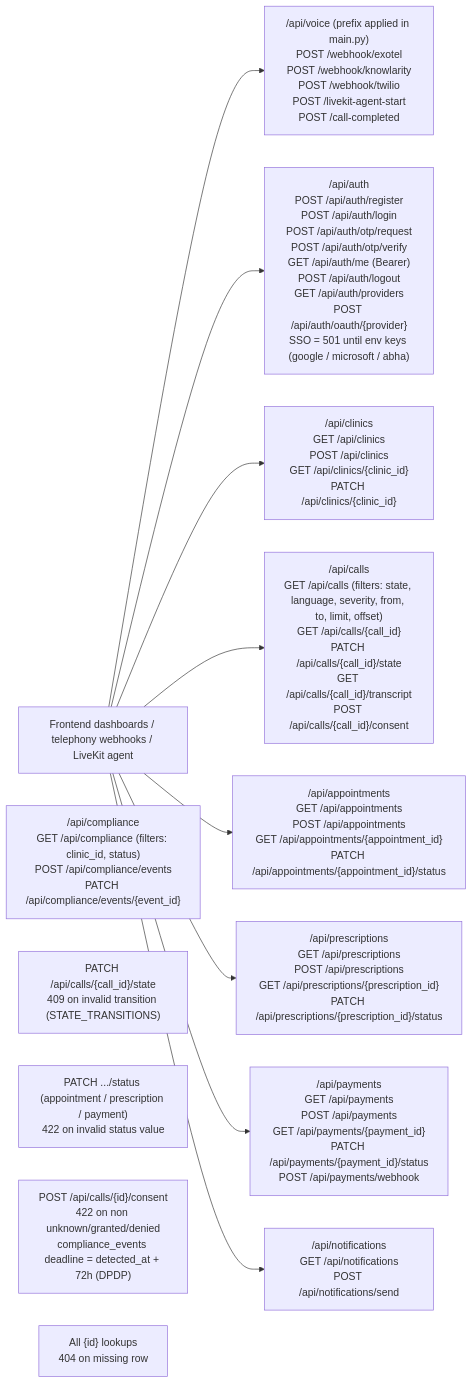
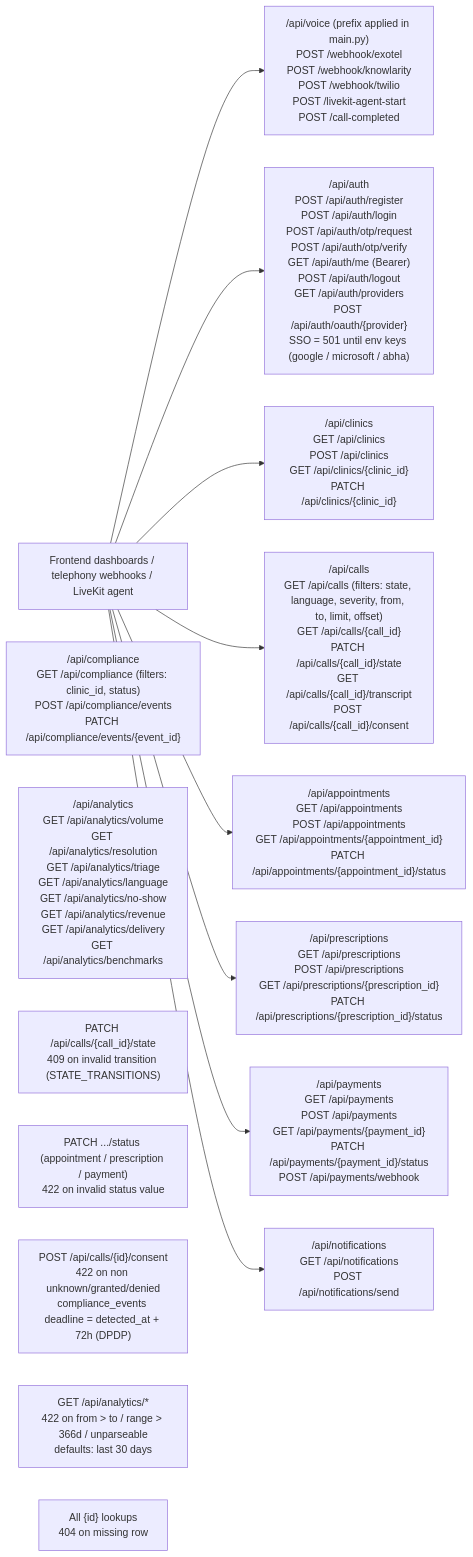
Before and after one commit to ajayspi/MediCall-AI: the diagram in docs/uml/03-api-contracts.md, drawn with Mermaid. The commit also changed other lines of this file and 7 other files, not shown here.

Commit message:
feat(kpis): G6-Q9 per-KPI analytics endpoints + market benchmarks (519/519 ALL PASS, compileall 0)

````diff
--- a/docs/uml/03-api-contracts.md
+++ b/docs/uml/03-api-contracts.md
@@ -3,26 +3,28 @@
 ```mermaid
 flowchart LR
     Client["Frontend dashboards / telephony webhooks / LiveKit agent"] --> Voice
     Client --> Auth
     Client --> Clinics
     Client --> Calls
     Client --> Appointments
     Client --> Prescriptions
     Client --> Payments
     Client --> Notifications
 
     Auth["/api/auth<br/>POST /api/auth/register<br/>POST /api/auth/login<br/>POST /api/auth/otp/request<br/>POST /api/auth/otp/verify<br/>GET /api/auth/me (Bearer)<br/>POST /api/auth/logout<br/>GET /api/auth/providers<br/>POST /api/auth/oauth/{provider}<br/>SSO = 501 until env keys (google / microsoft / abha)"]
     Voice["/api/voice (prefix applied in main.py)<br/>POST /webhook/exotel<br/>POST /webhook/knowlarity<br/>POST /webhook/twilio<br/>POST /livekit-agent-start<br/>POST /call-completed"]
     Clinics["/api/clinics<br/>GET /api/clinics<br/>POST /api/clinics<br/>GET /api/clinics/{clinic_id}<br/>PATCH /api/clinics/{clinic_id}"]
     Calls["/api/calls<br/>GET /api/calls (filters: state, language, severity, from, to, limit, offset)<br/>GET /api/calls/{call_id}<br/>PATCH /api/calls/{call_id}/state<br/>GET /api/calls/{call_id}/transcript<br/>POST /api/calls/{call_id}/consent"]
     Appointments["/api/appointments<br/>GET /api/appointments<br/>POST /api/appointments<br/>GET /api/appointments/{appointment_id}<br/>PATCH /api/appointments/{appointment_id}/status"]
     Prescriptions["/api/prescriptions<br/>GET /api/prescriptions<br/>POST /api/prescriptions<br/>GET /api/prescriptions/{prescription_id}<br/>PATCH /api/prescriptions/{prescription_id}/status"]
     Payments["/api/payments<br/>GET /api/payments<br/>POST /api/payments<br/>GET /api/payments/{payment_id}<br/>PATCH /api/payments/{payment_id}/status<br/>POST /api/payments/webhook"]
     Notifications["/api/notifications<br/>GET /api/notifications<br/>POST /api/notifications/send"]
     Compliance["/api/compliance<br/>GET /api/compliance (filters: clinic_id, status)<br/>POST /api/compliance/events<br/>PATCH /api/compliance/events/{event_id}"]
+    Analytics["/api/analytics<br/>GET /api/analytics/volume<br/>GET /api/analytics/resolution<br/>GET /api/analytics/triage<br/>GET /api/analytics/language<br/>GET /api/analytics/no-show<br/>GET /api/analytics/revenue<br/>GET /api/analytics/delivery<br/>GET /api/analytics/benchmarks"]
 
     StateGuard["PATCH /api/calls/{call_id}/state<br/>409 on invalid transition (STATE_TRANSITIONS)"]
     StatusGuard["PATCH .../status (appointment / prescription / payment)<br/>422 on invalid status value"]
     ConsentGuard["POST /api/calls/{id}/consent<br/>422 on non unknown/granted/denied<br/>compliance_events deadline = detected_at + 72h (DPDP)"]
+    PeriodGuard["GET /api/analytics/*<br/>422 on from > to / range > 366d / unparseable<br/>defaults: last 30 days"]
     NotFound["All {id} lookups<br/>404 on missing row"]
 ```
````
